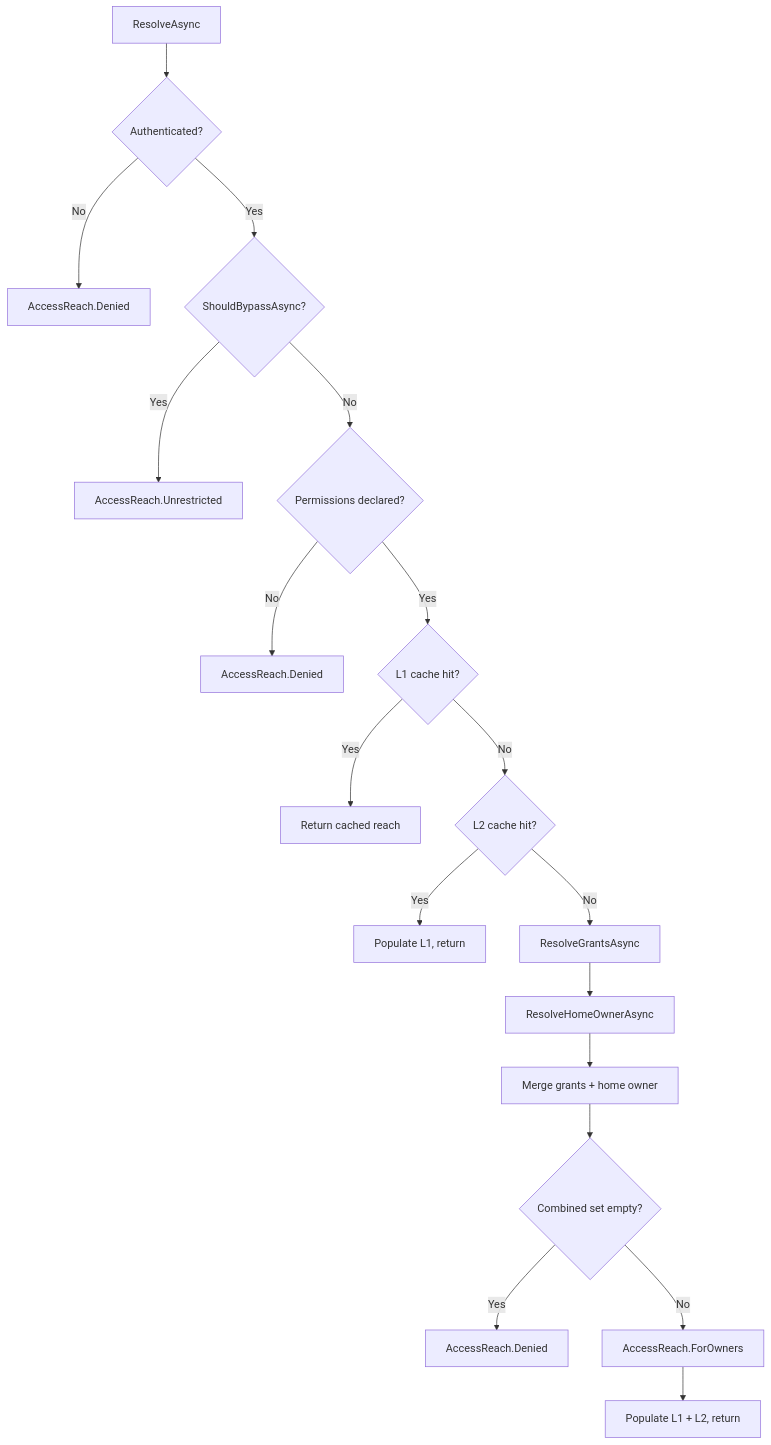
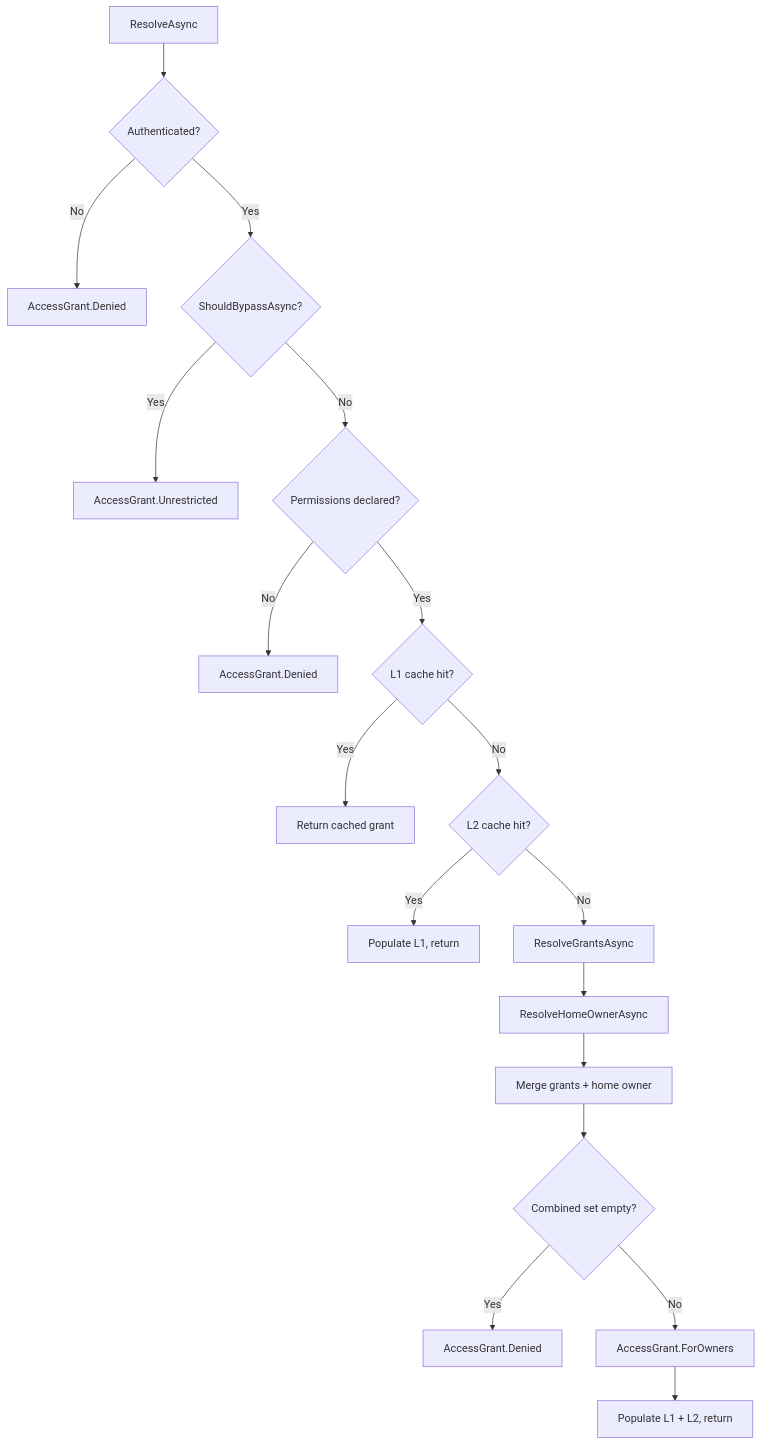
Before and after one commit to cirreum/Cirreum.Core: the diagram in src/Cirreum.Core/Authorization/Grants/README.md, drawn with Mermaid. The commit also changed other lines of this file and 29 other files, not shown here.

````diff
--- a/src/Cirreum.Core/Authorization/Grants/README.md
+++ b/src/Cirreum.Core/Authorization/Grants/README.md
@@ -295,20 +295,20 @@
 ```mermaid
 flowchart TD
     A[ResolveAsync] --> B{Authenticated?}
-    B -- No --> C[AccessReach.Denied]
+    B -- No --> C[AccessGrant.Denied]
     B -- Yes --> D{ShouldBypassAsync?}
-    D -- Yes --> E[AccessReach.Unrestricted]
+    D -- Yes --> E[AccessGrant.Unrestricted]
     D -- No --> F{Permissions declared?}
-    F -- No --> G[AccessReach.Denied]
+    F -- No --> G[AccessGrant.Denied]
     F -- Yes --> H{L1 cache hit?}
-    H -- Yes --> I[Return cached reach]
+    H -- Yes --> I[Return cached grant]
     H -- No --> J{L2 cache hit?}
     J -- Yes --> K[Populate L1, return]
     J -- No --> L[ResolveGrantsAsync]
     L --> M[ResolveHomeOwnerAsync]
     M --> N[Merge grants + home owner]
     N --> O{Combined set empty?}
-    O -- Yes --> P[AccessReach.Denied]
-    O -- No --> Q[AccessReach.ForOwners]
+    O -- Yes --> P[AccessGrant.Denied]
+    O -- No --> Q[AccessGrant.ForOwners]
     Q --> R[Populate L1 + L2, return]
 ```
````
